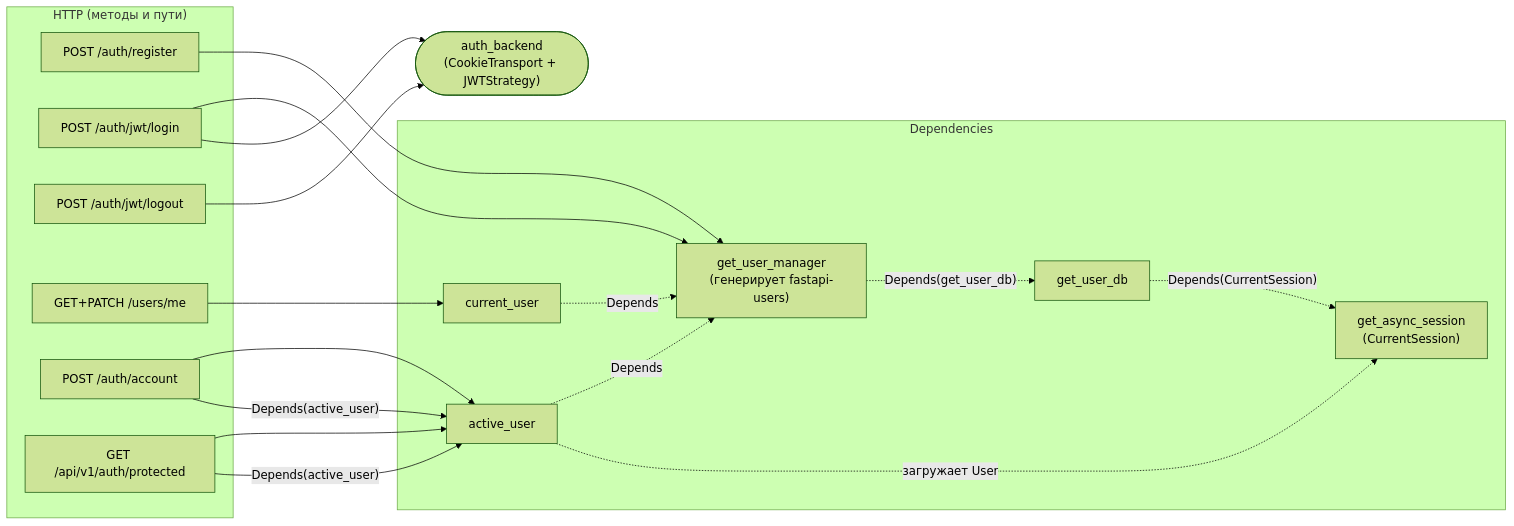
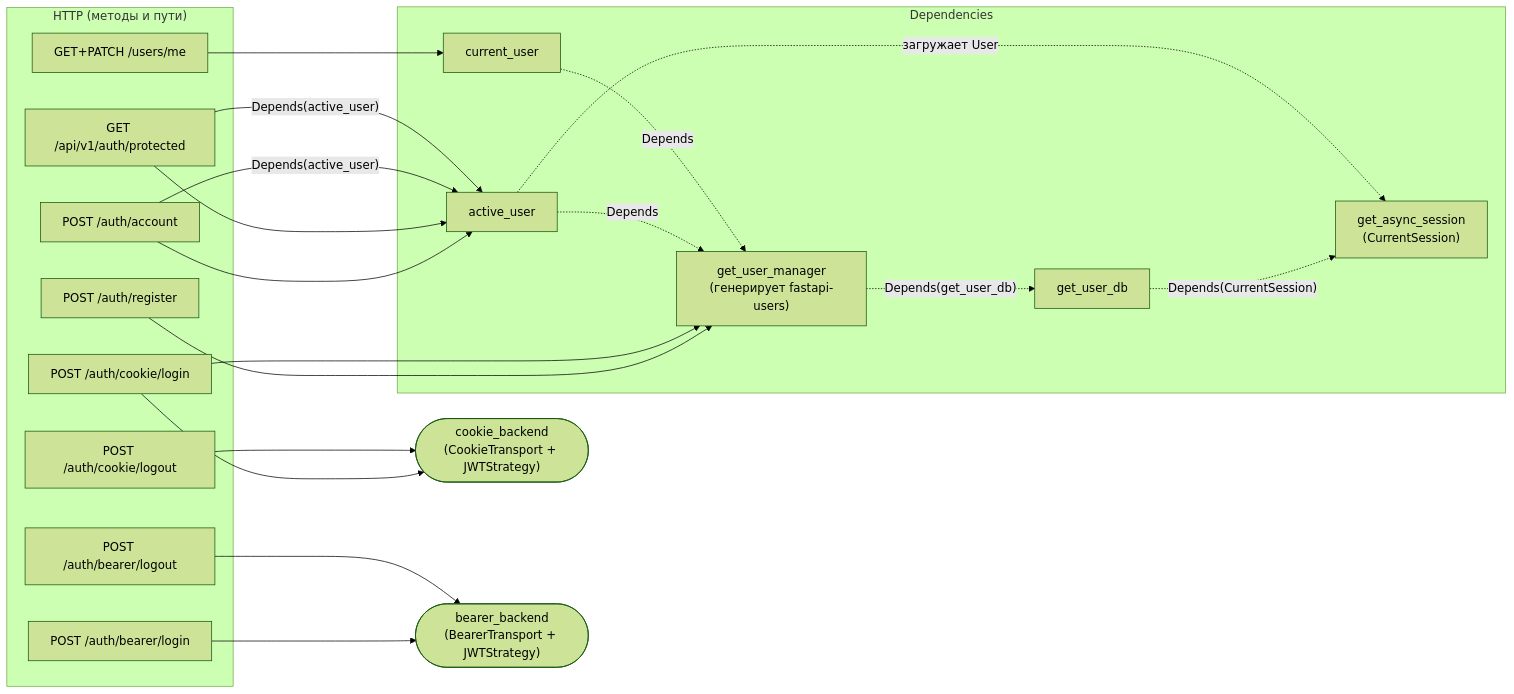
One commit to xaphan13/temp-auth-react-fast changed the third of 7 diagrams in docs/06_auth_visual.md. Above: the diagram before and after it, drawn with Mermaid (forest theme). The commit also changed other lines of this file and 40 other files, not shown here.

````diff
--- a/docs/06_auth_visual.md
+++ b/docs/06_auth_visual.md
@@ -123,35 +135,39 @@
 ```mermaid
 graph LR
-    subgraph HTTP["HTTP (методы и пути)"]
+subgraph HTTP["HTTP (методы и пути)"]
         R1["POST /auth/register"]
-        R2["POST /auth/jwt/login"]
-        R3["POST /auth/jwt/logout"]
+        R2["POST /auth/cookie/login"]
+        R2B["POST /auth/bearer/login"]
+        R3["POST /auth/cookie/logout"]
+        R3B["POST /auth/bearer/logout"]
         R4["GET+PATCH /users/me"]
         R5["POST /auth/account"]
         R6["GET /api/v1/auth/protected"]
     end
 
     subgraph DEP["Dependencies"]
         AU["active_user"]
         CU["current_user"]
         GUM["get_user_manager<br/>(генерирует fastapi-users)"]
         GUD["get_user_db"]
         SES["get_async_session<br/>(CurrentSession)"]
     end
 
     R1 --> GUM
     R2 --> GUM
-    R2 --> AB(["auth_backend<br/>(CookieTransport + JWTStrategy)"])
-    R3 --> AB
+    R2 --> CB(["cookie_backend<br/>(CookieTransport + JWTStrategy)"])
+    R2B --> BB(["bearer_backend<br/>(BearerTransport + JWTStrategy)"])
+    R3 --> CB
+    R3B --> BB
     R4 --> CU
     R5 --> AU
     R6 --> AU
 
     AU -.->|"Depends"| GUM
     CU -.->|"Depends"| GUM
     R5 -->|"Depends(active_user)"| AU
     R6 -->|"Depends(active_user)"| AU
     GUM -.->|"Depends(get_user_db)"| GUD
     GUD -.->|"Depends(CurrentSession)"| SES
     AU -.->|"загружает User"| SES
 ```
````
